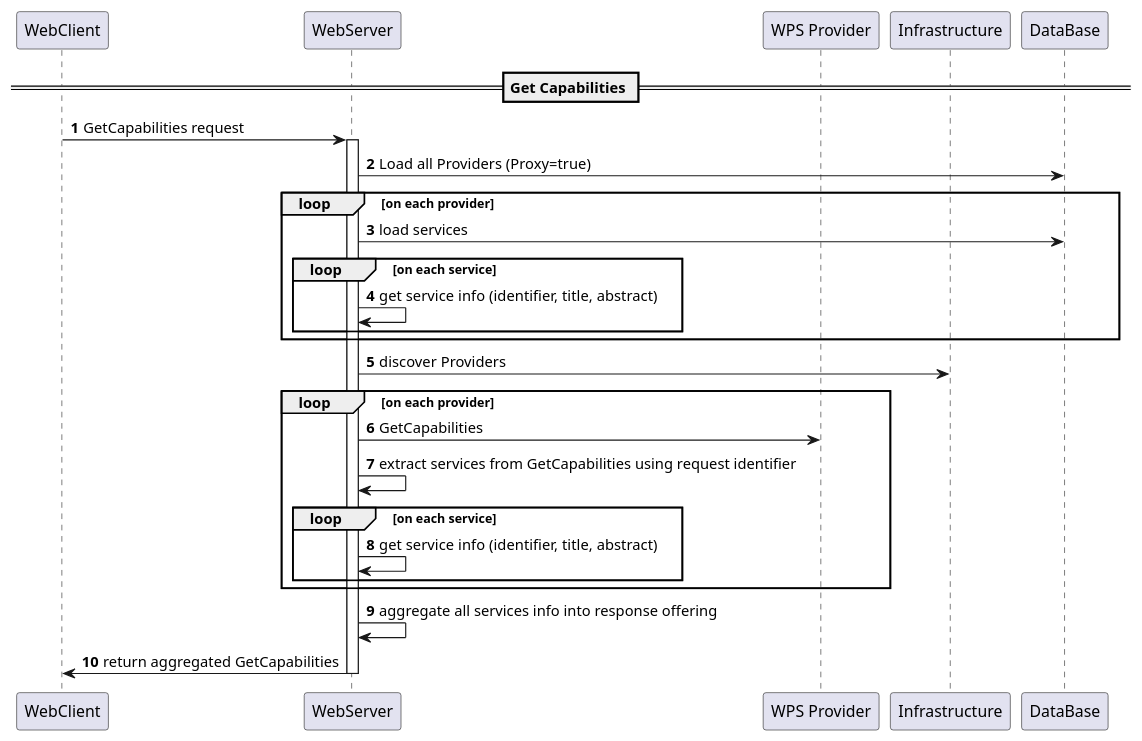
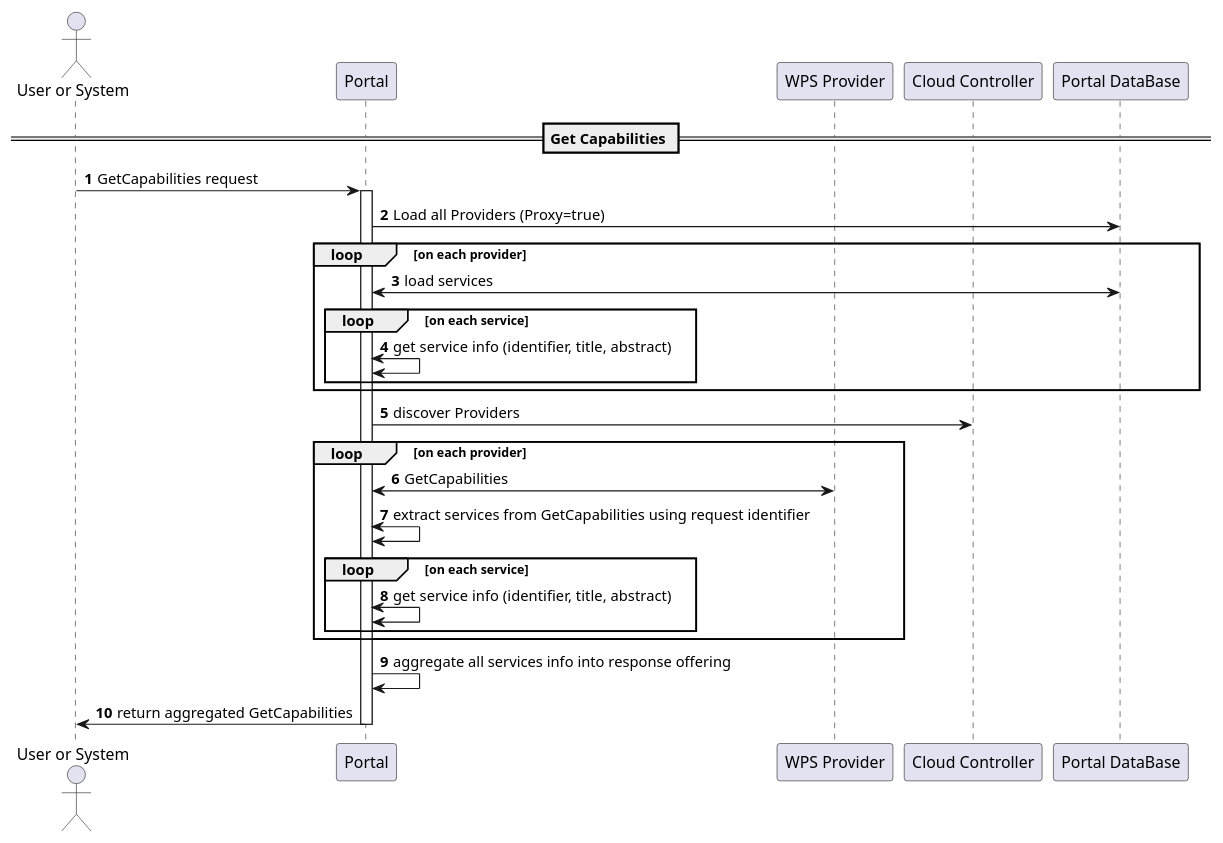
One commit to urban-tep/DDF-SDD changed the first of 6 diagrams in source/groups/group___core_w_p_s.rst. Above: the diagram before and after it, drawn with PlantUML. The commit also changed other lines of this file and 23 other files, not shown here.

```diff
--- a/source/groups/group___core_w_p_s.rst
+++ b/source/groups/group___core_w_p_s.rst
@@ -35,35 +35,35 @@
 .. uml::
 	:caption: WPS Service Analysis Sequence Diagram - Get Capabilities
 	:align: center
 
 
-	participant "WebClient" as WC
-	participant "WebServer" as WS
+	actor "User or System" as WC
+	participant "Portal" as WS
 	participant "WPS Provider" as P
-	participant "Infrastructure" as C
-	participant "DataBase" as DB
+	participant "Cloud Controller" as C
+	participant "Portal DataBase" as DB
 	
 	autonumber
 	
 	== Get Capabilities ==
 	
 	WC -> WS: GetCapabilities request
 	activate WS
 	WS -> DB: Load all Providers (Proxy=true)
 	loop on each provider
-	    WS -> DB: load services
+	    WS <-> DB: load services
 	    loop on each service
-	        WS -> WS: get service info (identifier, title, abstract)
+	        WS <-> WS: get service info (identifier, title, abstract)
 	    end
 	end
 	WS -> C: discover Providers
 	loop on each provider
-	    WS -> P: GetCapabilities
-	    WS -> WS: extract services from GetCapabilities using request identifier
+	    WS <-> P: GetCapabilities
+	    WS <-> WS: extract services from GetCapabilities using request identifier
 	    loop on each service
-	        WS -> WS: get service info (identifier, title, abstract)
+	        WS <-> WS: get service info (identifier, title, abstract)
 	    end
 	end
 	WS -> WS: aggregate all services info into response offering
 	WS -> WC: return aggregated GetCapabilities
 	deactivate WS
```
